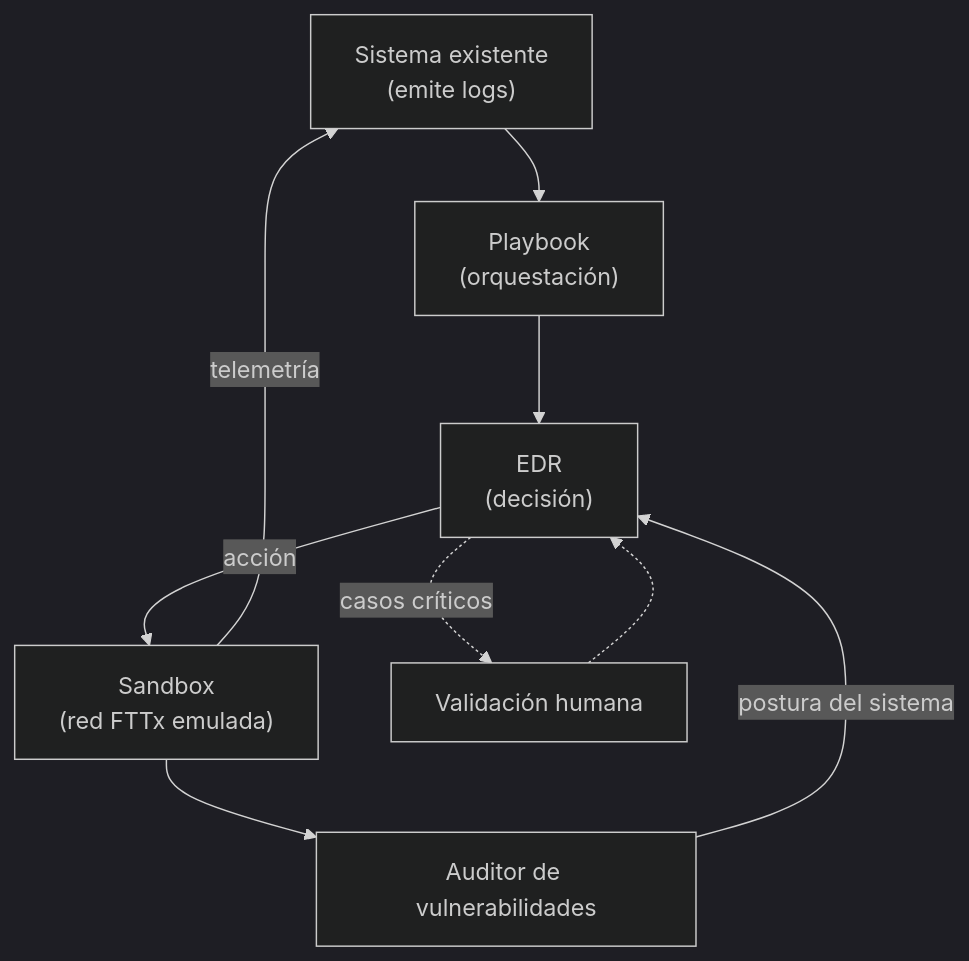
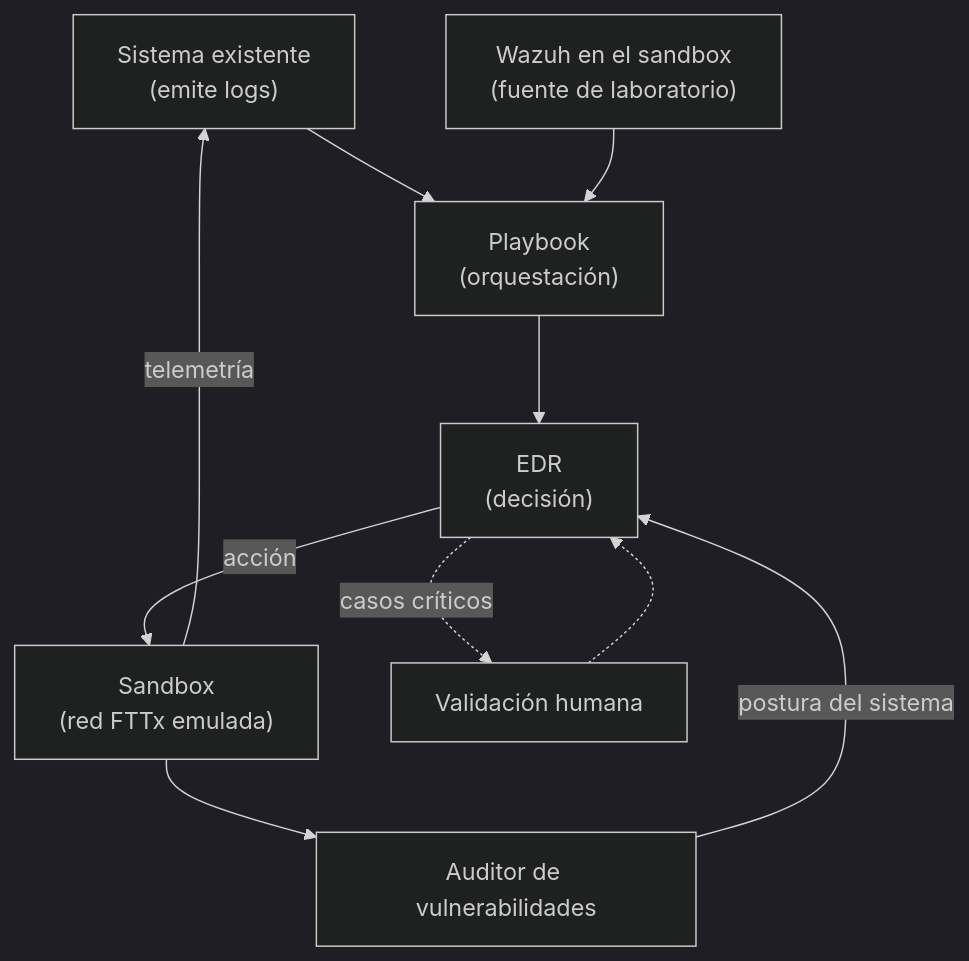
One commit to vBlanyer/domotai-pasantia changed the diagram in documentacion/04-fase4-diseno-de-arquitectura/flujo-edr-playbook-sandbox.md. Above: the diagram before and after it, drawn with Mermaid (dark theme). The commit also changed other lines of this file and 6 other files, not shown here.

````diff
--- a/documentacion/04-fase4-diseno-de-arquitectura/flujo-edr-playbook-sandbox.md
+++ b/documentacion/04-fase4-diseno-de-arquitectura/flujo-edr-playbook-sandbox.md
@@ -9,11 +9,12 @@
 ```mermaid
 flowchart TD
     SIS["Sistema existente<br/>(emite logs)"] --> PB["Playbook<br/>(orquestación)"]
+    WZ["Wazuh en el sandbox<br/>(fuente de laboratorio)"] --> PB
     PB --> EDR["EDR<br/>(decisión)"]
     EDR -->|acción| SBX["Sandbox<br/>(red FTTx emulada)"]
     AUD["Auditor de vulnerabilidades"] -->|postura del sistema| EDR
     SBX --> AUD
     SBX -->|telemetría| SIS
     EDR -.->|casos críticos| HUM["Validación humana"]
     HUM -.-> EDR
 ```
````
